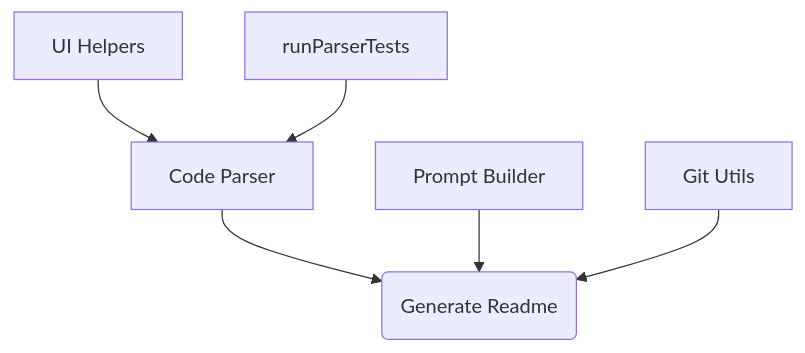
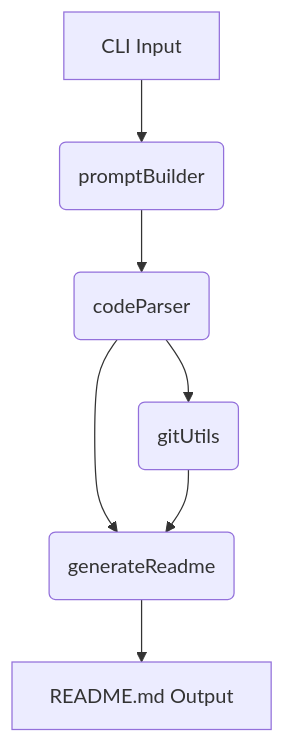
One commit to PIYUSH1SAINI/ReadMe-wiz changed the first of 2 diagrams in README.md. Above: the diagram before and after it, drawn with Mermaid. The commit also changed other lines of this file and 3 other files, not shown here.

````diff
--- a/README.md
+++ b/README.md
@@ -33,9 +41,10 @@
 ```mermaid
 graph TD
-    A[Code Parser] --> B(Generate Readme);
-    C[Prompt Builder] --> B;
-    D[Git Utils] --> B;
-    E[UI Helpers] --> A;
-    F[runParserTests] --> A;
+    A[CLI Input] --> B(promptBuilder);
+    B --> C(codeParser);
+    C --> D(generateReadme);
+    D --> E[README.md Output];
+    C --> F(gitUtils);
+    F --> D;
 
 ```
````
